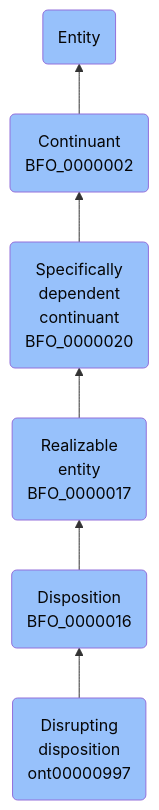
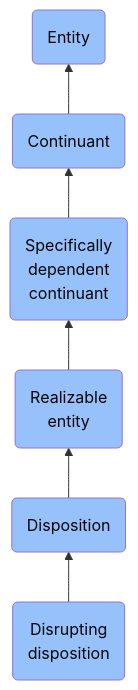
One commit to jupyter-naas/abi changed the diagram in docs/ontology/reference/model/Entity/Continuant/Specifically dependent continuant/Realizable entity/Disposition/Disrupting disposition/Disrupting disposition.md. Above: the diagram before and after it, drawn with Mermaid. The commit also changed other lines of this file and 1430 other files, not shown here.

````diff
--- a/docs/ontology/reference/model/Entity/Continuant/Specifically dependent continuant/Realizable entity/Disposition/Disrupting disposition/Disrupting disposition.md
+++ b/docs/ontology/reference/model/Entity/Continuant/Specifically dependent continuant/Realizable entity/Disposition/Disrupting disposition/Disrupting disposition.md
@@ -24,13 +24,13 @@
 ```mermaid
 graph BT
-    ont00000997(Disrupting<br>disposition<br>ont00000997):::BFO-->BFO_0000016
-    BFO_0000016(Disposition<br>BFO_0000016):::BFO-->BFO_0000017
-    BFO_0000017(Realizable<br>entity<br>BFO_0000017):::BFO-->BFO_0000020
-    BFO_0000020(Specifically<br>dependent<br>continuant<br>BFO_0000020):::BFO-->BFO_0000002
-    BFO_0000002(Continuant<br>BFO_0000002):::BFO-->BFO_0000001
+    ont00000997(Disrupting<br>disposition):::BFO-->BFO_0000016
+    BFO_0000016(Disposition):::BFO-->BFO_0000017
+    BFO_0000017(Realizable<br>entity):::BFO-->BFO_0000020
+    BFO_0000020(Specifically<br>dependent<br>continuant):::BFO-->BFO_0000002
+    BFO_0000002(Continuant):::BFO-->BFO_0000001
     BFO_0000001(Entity):::BFO
     
     classDef BFO fill:#97c1fb,color:#060606
     classDef CCO fill:#e4c51e,color:#060606
     classDef ABI fill:#48DD82,color:#060606
 ```
````
